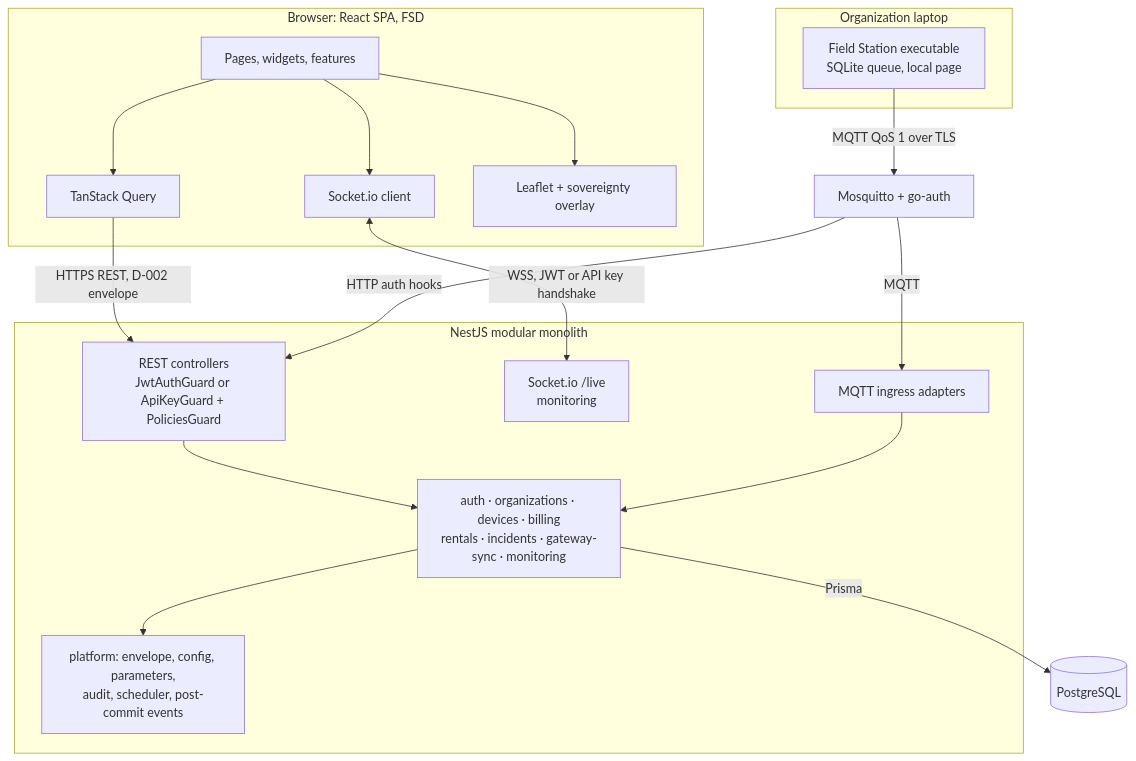
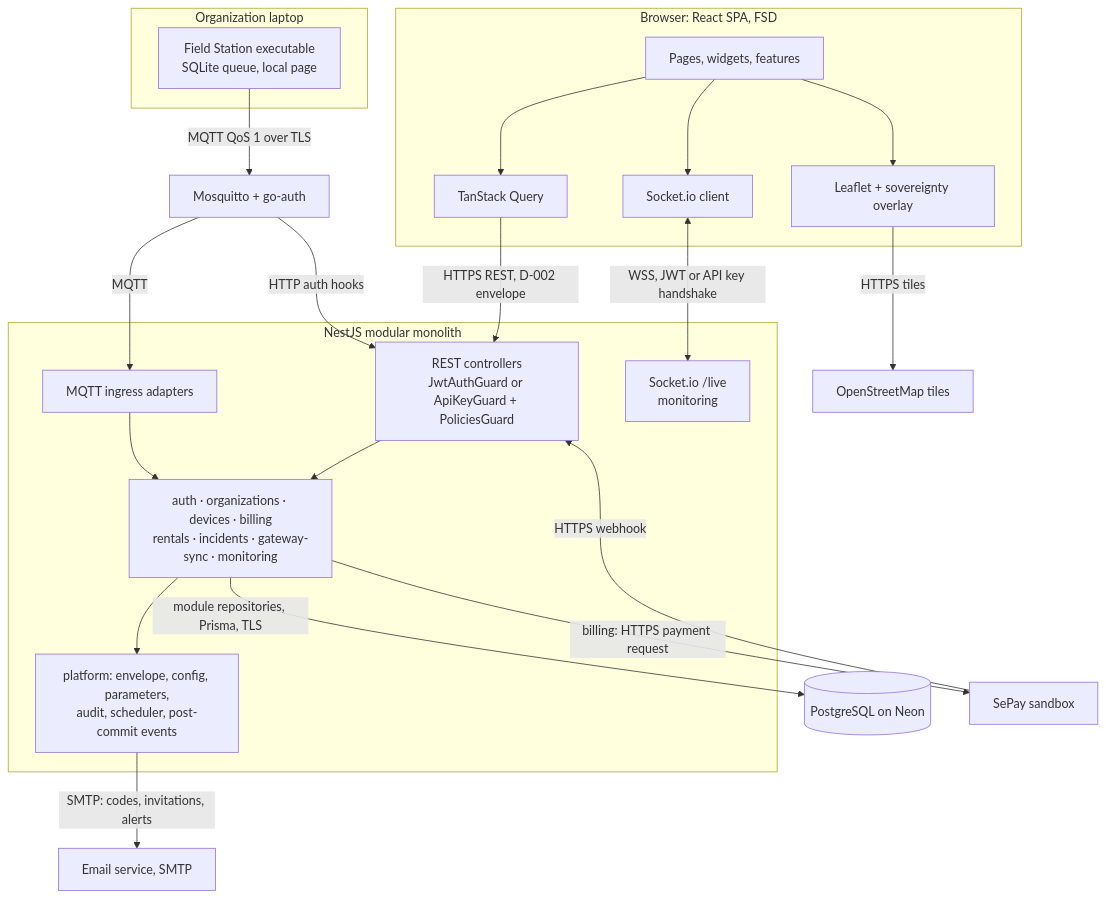
One commit to TrekLink-Team/treklink-web changed the second of 6 diagrams in specs/platform/design.md. Above: the diagram before and after it, drawn with Mermaid. The commit also changed other lines of this file and 17 other files, not shown here.

````diff
--- a/specs/platform/design.md
+++ b/specs/platform/design.md
@@ -51,33 +54,40 @@
 ```mermaid
 flowchart TB
     subgraph Client["Browser: React SPA, FSD"]
         UI["Pages, widgets, features"]
         QC["TanStack Query"]
         WS["Socket.io client"]
         LF["Leaflet + sovereignty overlay"]
     end
     subgraph Backend["NestJS modular monolith"]
         HTTP["REST controllers<br/>JwtAuthGuard or ApiKeyGuard + PoliciesGuard"]
         LIVE["Socket.io /live<br/>monitoring"]
         MODS["auth · organizations · devices · billing<br/>rentals · incidents · gateway-sync · monitoring"]
         PLT["platform: envelope, config, parameters,<br/>audit, scheduler, post-commit events"]
         ING["MQTT ingress adapters"]
     end
     subgraph Field["Organization laptop"]
         FSX["Field Station executable<br/>SQLite queue, local page"]
     end
-    DB[("PostgreSQL")]
+    DB[("PostgreSQL on Neon")]
     BRK["Mosquitto + go-auth"]
+    PAY["SePay sandbox"]
+    MAIL["Email service, SMTP"]
+    OSM["OpenStreetMap tiles"]
     UI --> QC
     UI --> WS
     UI --> LF
     QC -->|"HTTPS REST, D-002 envelope"| HTTP
     WS <-->|"WSS, JWT or API key handshake"| LIVE
     HTTP --> MODS
     MODS --> PLT
-    MODS -->|"Prisma"| DB
+    MODS -->|"module repositories, Prisma, TLS"| DB
+    MODS -->|"billing: HTTPS payment request"| PAY
+    PAY -->|"HTTPS webhook"| HTTP
+    PLT -->|"SMTP: codes, invitations, alerts"| MAIL
+    LF -->|"HTTPS tiles"| OSM
     FSX -->|"MQTT QoS 1 over TLS"| BRK
     BRK -->|"MQTT"| ING
     BRK -->|"HTTP auth hooks"| HTTP
     ING --> MODS
 ```
````
